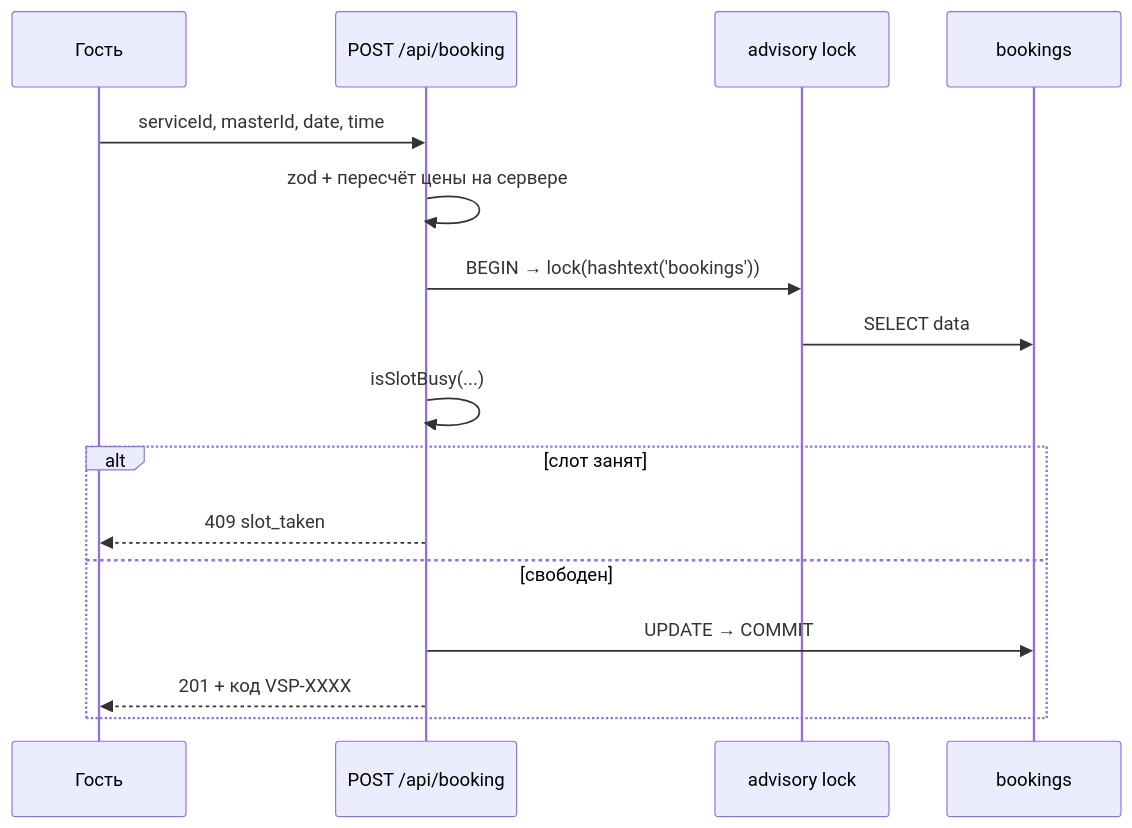
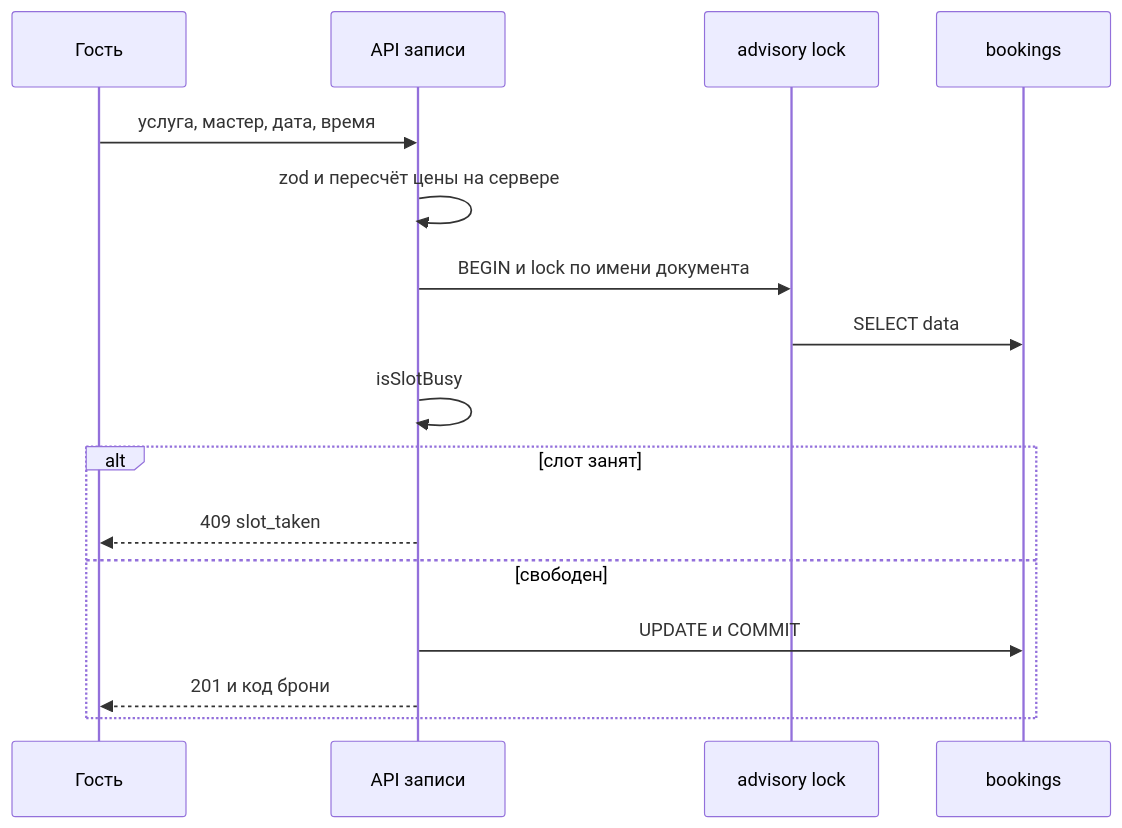
The second of 2 diagrams in README.md (kollakek1/vespera), drawn with Mermaid before and after one commit. The commit also changed other lines of this file, not shown here.

Commit message:
docs: simplify mermaid diagrams for github rendering

````diff
--- a/README.md
+++ b/README.md
@@ -222,19 +222,19 @@
 ```mermaid
 sequenceDiagram
   participant G as Гость
-  participant A as POST /api/booking
+  participant A as API записи
   participant L as advisory lock
   participant DB as bookings
 
-  G->>A: serviceId, masterId, date, time
-  A->>A: zod + пересчёт цены на сервере
-  A->>L: BEGIN → lock(hashtext('bookings'))
+  G->>A: услуга, мастер, дата, время
+  A->>A: zod и пересчёт цены на сервере
+  A->>L: BEGIN и lock по имени документа
   L->>DB: SELECT data
-  A->>A: isSlotBusy(...)
+  A->>A: isSlotBusy
   alt слот занят
     A-->>G: 409 slot_taken
   else свободен
-    A->>DB: UPDATE → COMMIT
-    A-->>G: 201 + код VSP-XXXX
+    A->>DB: UPDATE и COMMIT
+    A-->>G: 201 и код брони
   end
 ```
````
